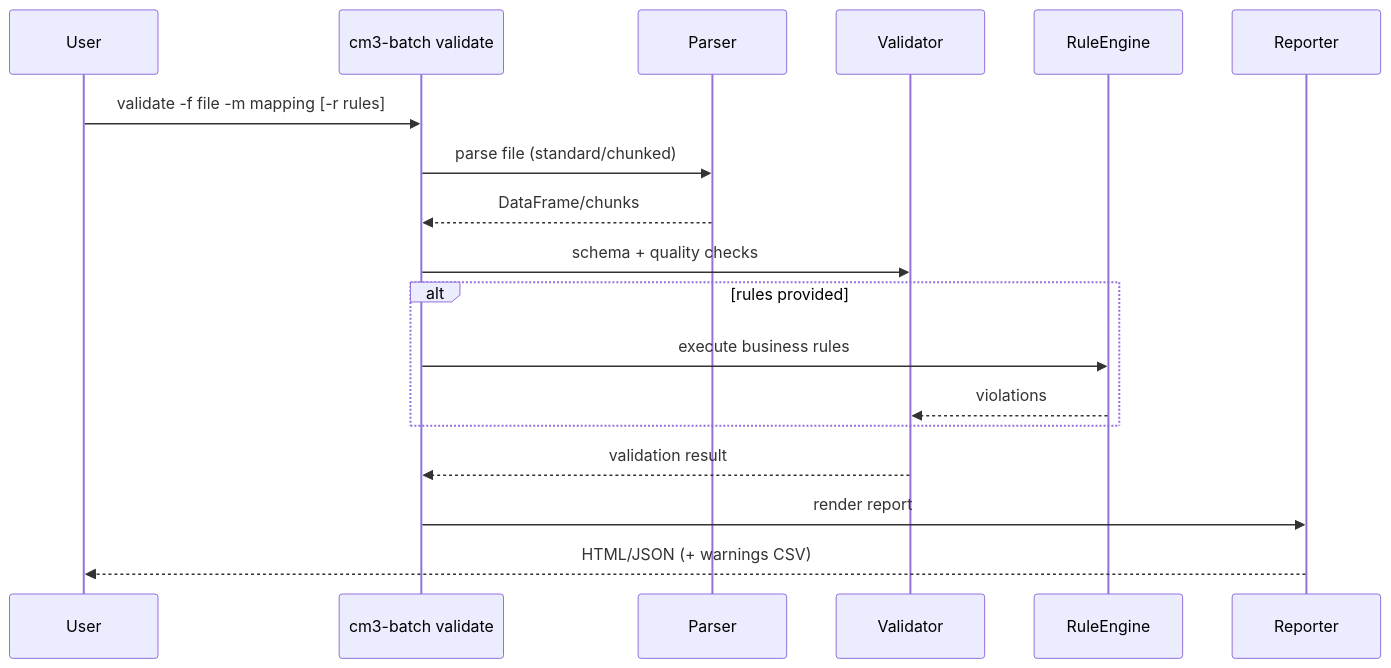
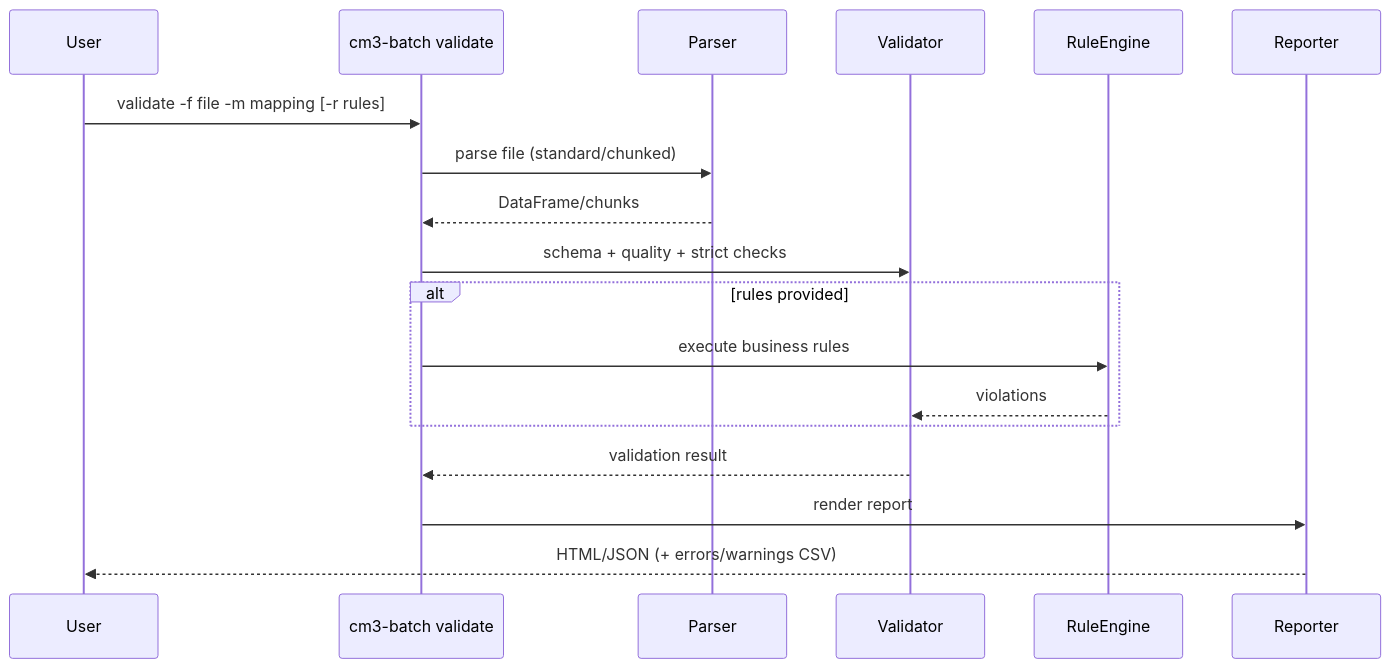
The second of 2 diagrams in docs/architecture.md (pkanduri1/cm3-batch-automations), drawn with Mermaid before and after one commit. The commit also changed other lines of this file and 55 other files, not shown here.

First line of the commit message:
Complete architecture review delivery (P0/P1/P2) + validation fixes (#14)

````diff
--- a/docs/architecture.md
+++ b/docs/architecture.md
@@ -33,21 +38,21 @@
 ```mermaid
 sequenceDiagram
     participant User
     participant CLI as cm3-batch validate
     participant Parser
     participant Validator
     participant Rules as RuleEngine
     participant Reporter
 
     User->>CLI: validate -f file -m mapping [-r rules]
     CLI->>Parser: parse file (standard/chunked)
     Parser-->>CLI: DataFrame/chunks
-    CLI->>Validator: schema + quality checks
+    CLI->>Validator: schema + quality + strict checks
     alt rules provided
       CLI->>Rules: execute business rules
       Rules-->>Validator: violations
     end
     Validator-->>CLI: validation result
     CLI->>Reporter: render report
-    Reporter-->>User: HTML/JSON (+ warnings CSV)
+    Reporter-->>User: HTML/JSON (+ errors/warnings CSV)
 ```
````
